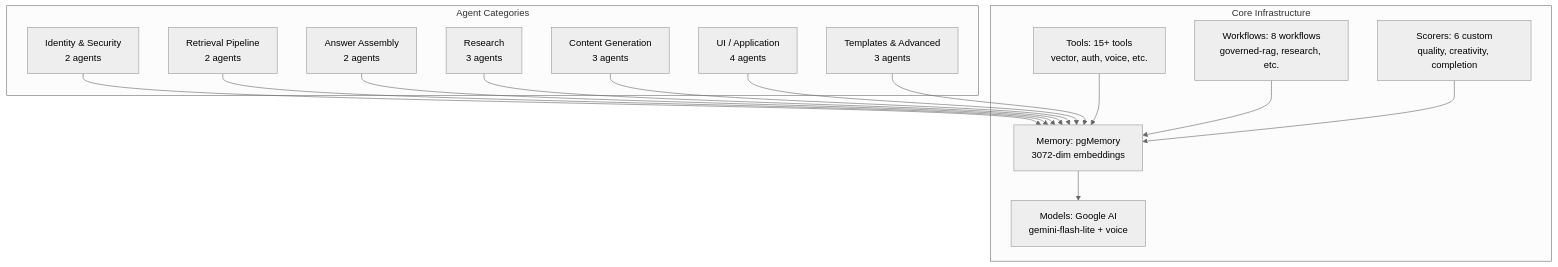
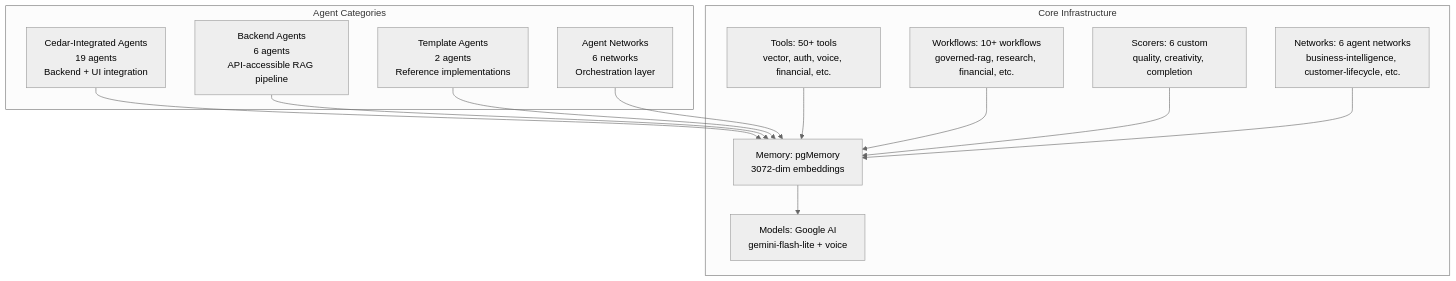
The first of 2 diagrams in src/mastra/agents/AGENTS.md (ssdeanx/secure-rag-multi-agent), drawn with Mermaid (neutral theme) before and after one commit. The commit also changed other lines of this file and 52 other files, not shown here.

````diff
--- a/src/mastra/agents/AGENTS.md
+++ b/src/mastra/agents/AGENTS.md
@@ -13,33 +13,29 @@
 ```mermaid
 graph TB
     subgraph "Agent Categories"
-        Identity[Identity & Security<br/>2 agents]
-        Retrieval[Retrieval Pipeline<br/>2 agents]
-        Assembly[Answer Assembly<br/>2 agents]
-        Research[Research<br/>3 agents]
-        Content[Content Generation<br/>3 agents]
-        UI[UI / Application<br/>4 agents]
-        Advanced[Templates & Advanced<br/>3 agents]
+        Cedar[Cedar-Integrated Agents<br/>19 agents<br/>Backend + UI integration]
+        Backend[Backend Agents<br/>6 agents<br/>API-accessible RAG pipeline]
+        Template[Template Agents<br/>2 agents<br/>Reference implementations]
+        Network[Agent Networks<br/>6 networks<br/>Orchestration layer]
     end
 
     subgraph "Core Infrastructure"
         Memory[Memory: pgMemory<br/>3072-dim embeddings]
         Models[Models: Google AI<br/>gemini-flash-lite + voice]
-        Tools[Tools: 15+ tools<br/>vector, auth, voice, etc.]
-        Workflows[Workflows: 8 workflows<br/>governed-rag, research, etc.]
+        Tools[Tools: 50+ tools<br/>vector, auth, voice, financial, etc.]
+        Workflows[Workflows: 10+ workflows<br/>governed-rag, research, financial, etc.]
         Scorers[Scorers: 6 custom<br/>quality, creativity, completion]
+        Networks[Networks: 6 agent networks<br/>business-intelligence, customer-lifecycle, etc.]
     end
 
-    Identity --> Memory
-    Retrieval --> Memory
-    Assembly --> Memory
-    Research --> Memory
-    Content --> Memory
-    UI --> Memory
-    Advanced --> Memory
+    Cedar --> Memory
+    Backend --> Memory
+    Template --> Memory
+    Network --> Memory
 
     Memory --> Models
     Tools --> Memory
     Workflows --> Memory
     Scorers --> Memory
+    Networks --> Memory
 ```
````
